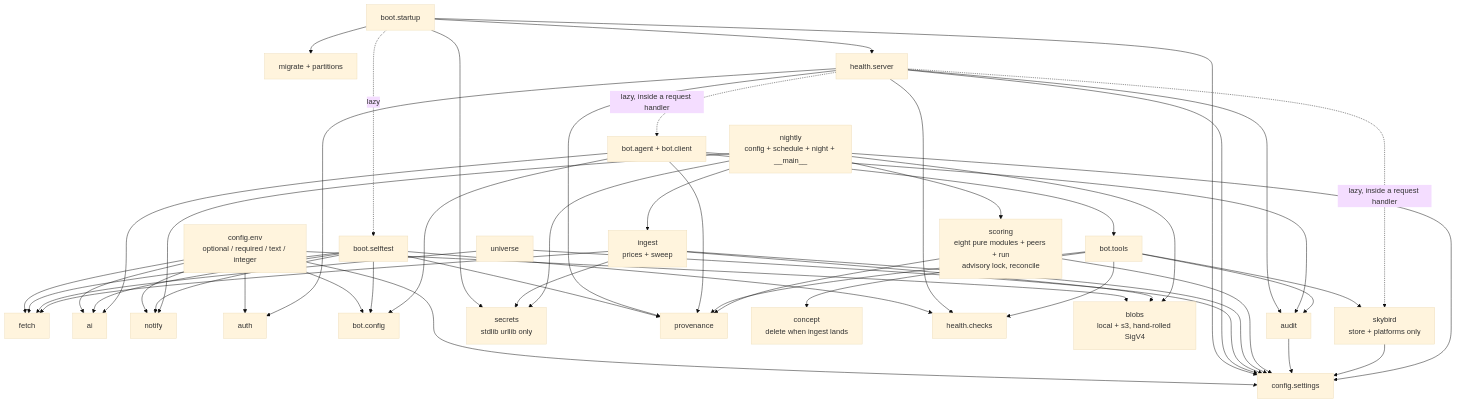
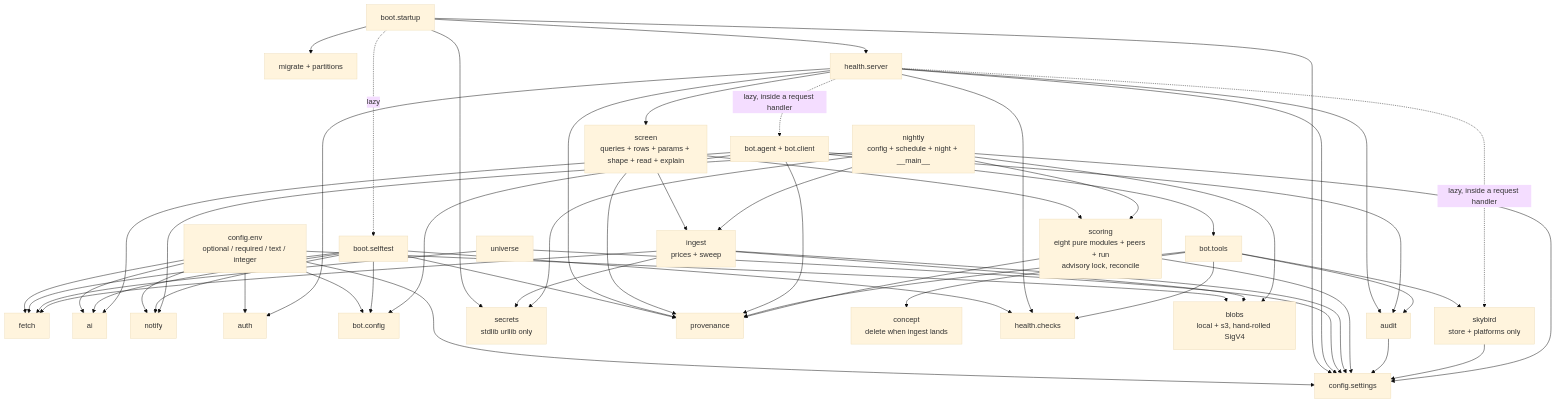
One commit to D1K03/stock-aggregator changed the third of 14 diagrams in docs/architecture.md. Above: the diagram before and after it, drawn with Mermaid (base theme). The commit also changed 4 other files, not shown here.

```diff
--- a/docs/architecture.md
+++ b/docs/architecture.md
@@ -231,6 +231,7 @@
 
     secrets["secrets<br/>stdlib urllib only"]
     prov["provenance"]
+    screen["screen<br/>queries + rows + params + shape + read + explain"]
     concept["concept<br/>delete when ingest lands"]
     migrate["migrate + partitions"]
     checks["health.checks"]
@@ -265,6 +266,10 @@
     health --> auth
     health --> checks
     health --> prov
+    health --> screen
+    screen --> scoring
+    screen --> ingest
+    screen --> prov
     health -.->|"lazy, inside a request handler"| bot
 
     bot --> ai
```
